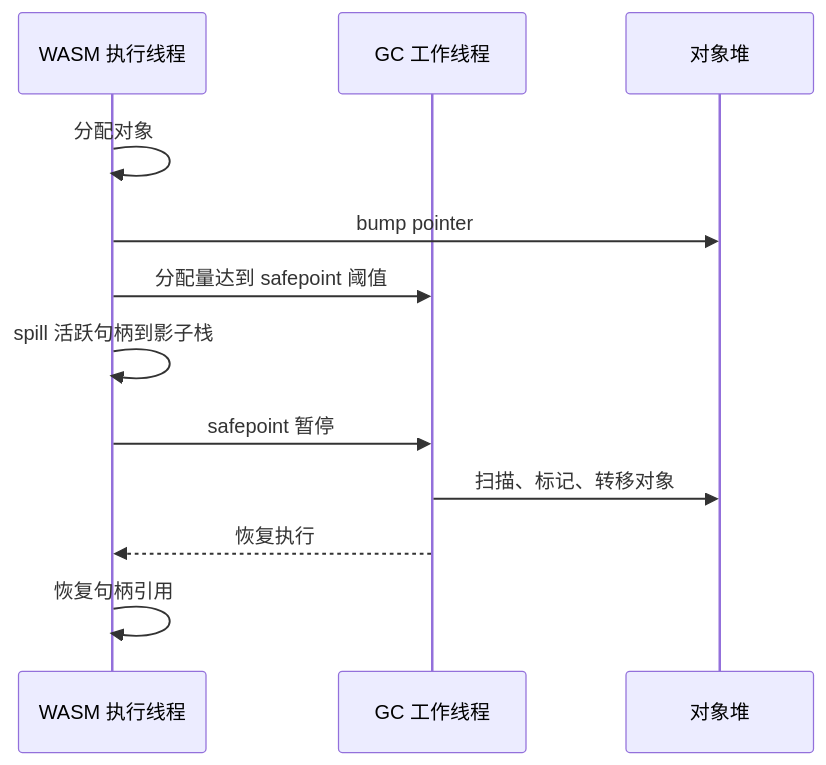
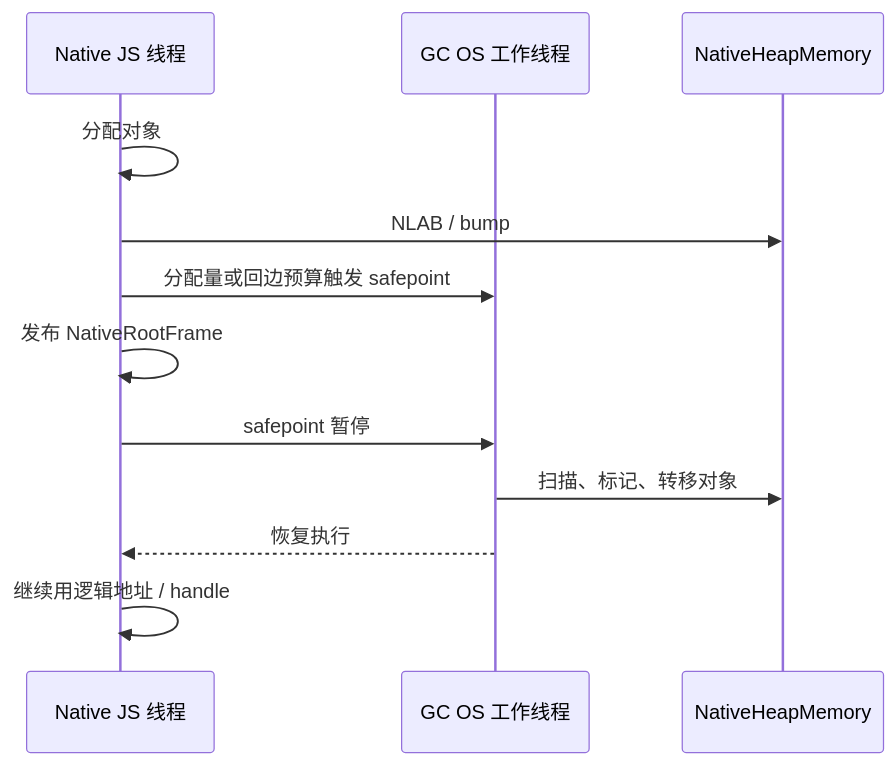
The diagram in docs/book/src/internals/gc/concurrency-and-pacing.md (juzi5201314/wjsm), drawn with Mermaid before and after one commit. The commit also changed other lines of this file and 80 other files, not shown here.

````diff
--- a/docs/book/src/internals/gc/concurrency-and-pacing.md
+++ b/docs/book/src/internals/gc/concurrency-and-pacing.md
@@ -13,15 +13,15 @@
 ```mermaid
 sequenceDiagram
-    participant WASM as WASM 执行线程
-    participant GC as GC 工作线程
-    participant Heap as 对象堆
+    participant Mutator as Native JS 线程
+    participant GC as GC OS 工作线程
+    participant Heap as NativeHeapMemory
 
-    WASM->>WASM: 分配对象
-    WASM->>Heap: bump pointer
-    WASM->>GC: 分配量达到 safepoint 阈值
-    WASM->>WASM: spill 活跃句柄到影子栈
-    WASM->>GC: safepoint 暂停
+    Mutator->>Mutator: 分配对象
+    Mutator->>Heap: NLAB / bump
+    Mutator->>GC: 分配量或回边预算触发 safepoint
+    Mutator->>Mutator: 发布 NativeRootFrame
+    Mutator->>GC: safepoint 暂停
     GC->>Heap: 扫描、标记、转移对象
-    GC-->>WASM: 恢复执行
-    WASM->>WASM: 恢复句柄引用
+    GC-->>Mutator: 恢复执行
+    Mutator->>Mutator: 继续用逻辑地址 / handle
 ```
````
